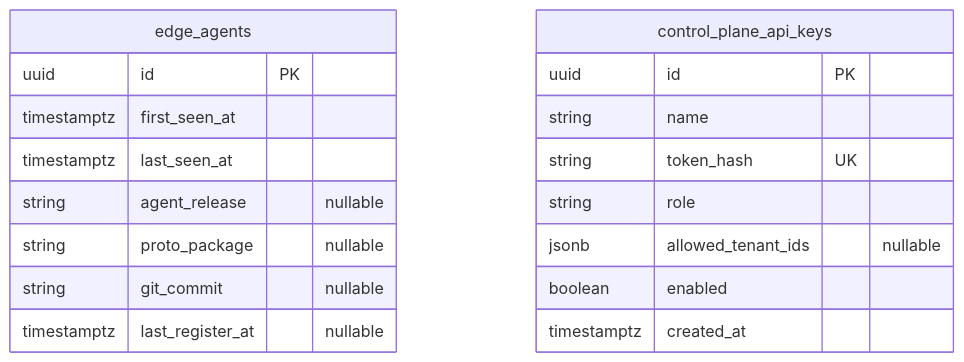
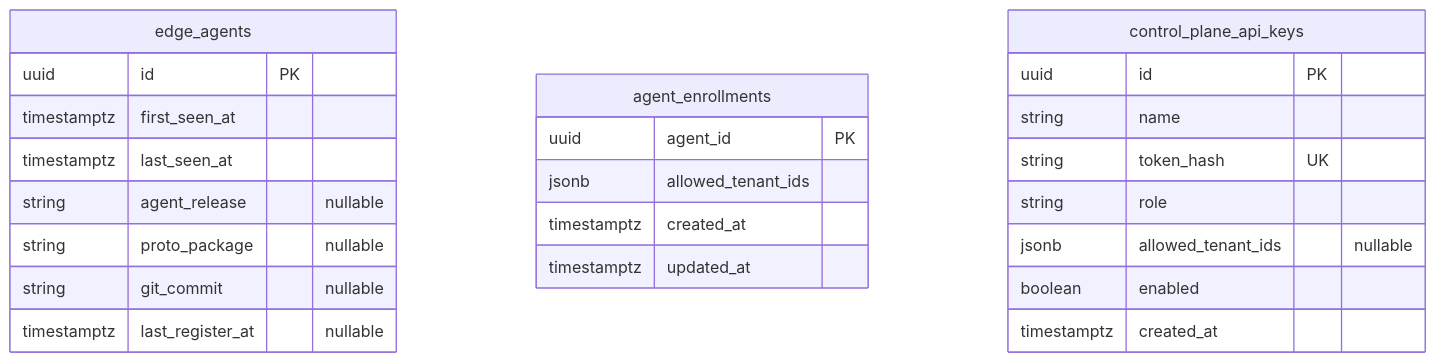
Before and after one commit to skyline93/devault: the second of 2 diagrams in website/docs/engineering/control-plane-database-er.md, drawn with Mermaid. The commit also changed other lines of this file and 74 other files, not shown here.

````diff
--- a/website/docs/engineering/control-plane-database-er.md
+++ b/website/docs/engineering/control-plane-database-er.md
@@ -136,22 +139,29 @@
 ```mermaid
 erDiagram
     edge_agents {
         uuid id PK
         timestamptz first_seen_at
         timestamptz last_seen_at
         string agent_release "nullable"
         string proto_package "nullable"
         string git_commit "nullable"
         timestamptz last_register_at "nullable"
     }
 
+    agent_enrollments {
+        uuid agent_id PK
+        jsonb allowed_tenant_ids
+        timestamptz created_at
+        timestamptz updated_at
+    }
+
     control_plane_api_keys {
         uuid id PK
         string name
         string token_hash UK
         string role
         jsonb allowed_tenant_ids "nullable"
         boolean enabled
         timestamptz created_at
     }
 ```
````
